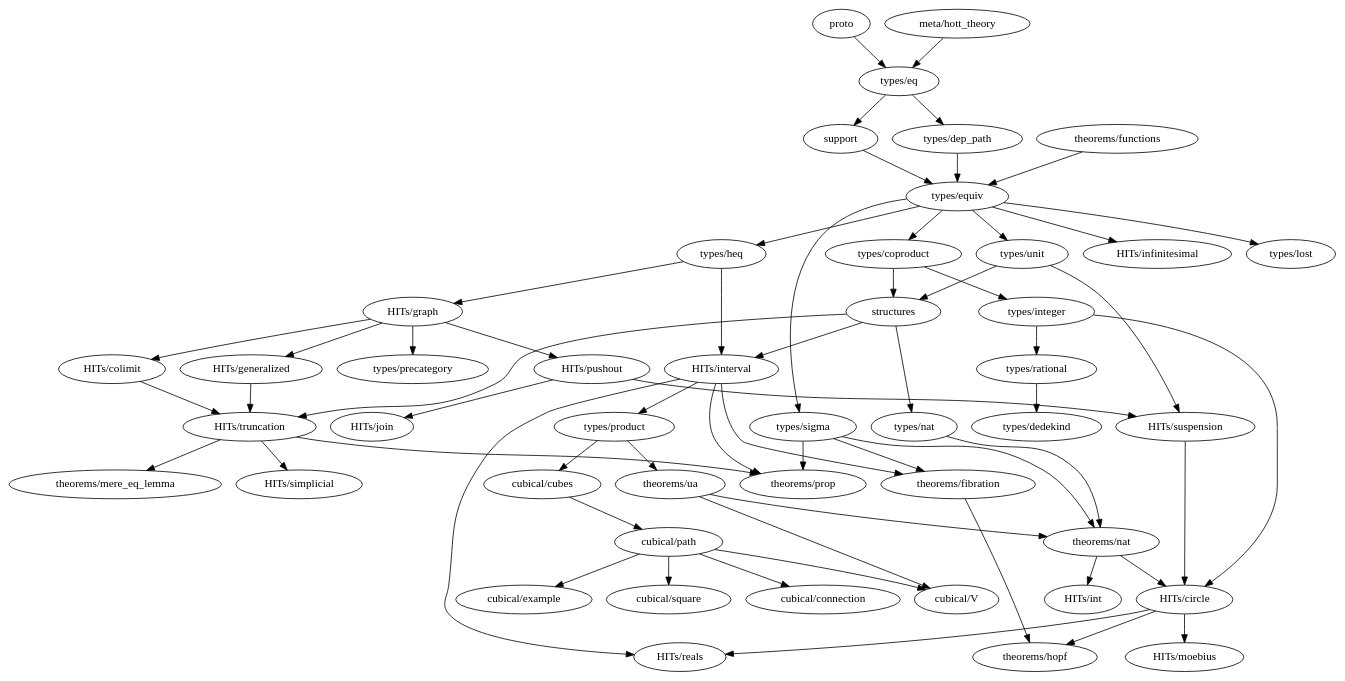
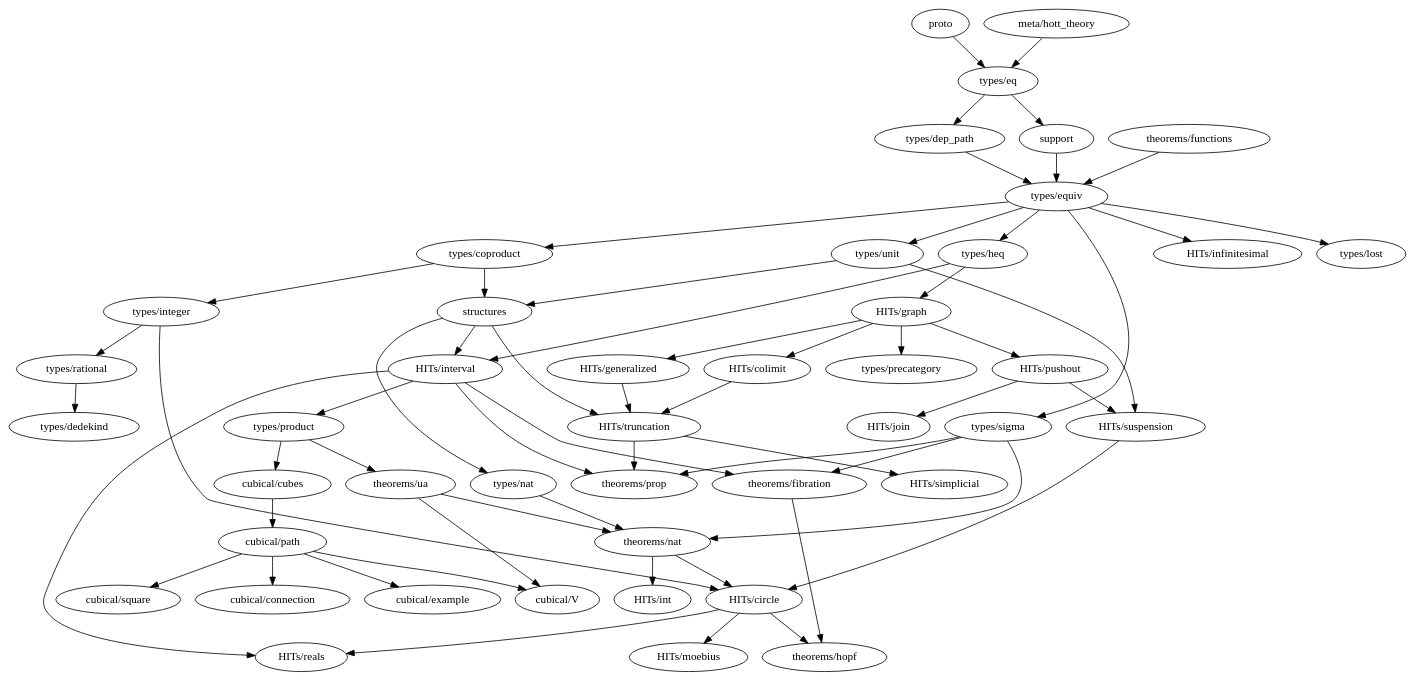
Before and after one commit to forked-from-1kasper/ground_zero: the diagram in dependency_map.gv, drawn with Graphviz. The commit also changed 37 other files, not shown here.

```diff
--- a/dependency_map.gv
+++ b/dependency_map.gv
@@ -1,96 +1,94 @@
 digraph dependency_map {
   proto -> "types/eq"
   "meta/hott_theory" -> "types/eq"
   support -> "types/equiv"
   structures -> {
     "HITs/interval",
     "HITs/truncation",
     "types/nat"
   }
 
   subgraph types {
     "types/coproduct" -> { "types/integer", structures }
     "types/dedekind"
     "types/dep_path" -> "types/equiv"
     "types/eq" -> { "types/dep_path", support }
     "types/equiv" -> {
       "types/heq",
       "HITs/infinitesimal",
       "types/coproduct",
       "types/lost",
       "types/unit",
       "types/sigma"
     }
     "types/heq" -> {
       "HITs/interval",
       "HITs/graph"
     }
     "types/integer" -> {
       "HITs/circle",
       "types/rational"
     }
     "types/lost"
     "types/nat" -> { "theorems/nat" }
     "types/product" -> { "cubical/cubes", "theorems/ua" }
     "types/rational" -> { "types/dedekind" }
     "types/sigma" -> { "theorems/fibration", "theorems/prop", "theorems/nat" }
     "types/unit" -> { structures, "HITs/suspension" }
   }
 
   subgraph HITs {
     "HITs/circle" -> { "theorems/hopf", "HITs/moebius", "HITs/reals" }
     "HITs/colimit" -> "HITs/truncation"
     "HITs/generalized" -> "HITs/truncation"
     "HITs/graph" -> {
       "HITs/colimit",
       "HITs/generalized",
       "HITs/pushout",
       "types/precategory"
     }
     "HITs/infinitesimal"
     "HITs/interval" -> {
       "HITs/reals",
       "types/product",
       "theorems/prop",
       "theorems/fibration"
     }
     "HITs/join"
     "HITs/moebius"
     "HITs/pushout" -> {
       "HITs/join",
       "HITs/suspension"
     }
     "HITs/reals"
     "HITs/simplicial"
     "HITs/suspension" -> "HITs/circle"
     "HITs/truncation" -> {
-      "theorems/mere_eq_lemma",
       "theorems/prop",
       "HITs/simplicial"
     }
   }
 
   subgraph cubical {
     "cubical/connection"
     "cubical/cubes" -> "cubical/path"
     "cubical/example"
     "cubical/path" -> {
       "cubical/square",
       "cubical/example",
       "cubical/V",
       "cubical/connection"
     }
     "cubical/square"
     "cubical/V"
   }
 
   subgraph theorems {
     "theorems/fibration" -> { "theorems/hopf" }
     "theorems/functions" -> { "types/equiv" }
     "theorems/hopf"
-    "theorems/mere_eq_lemma"
     "theorems/nat" -> { "HITs/circle", "HITs/int" }
     "theorems/prop"
     "theorems/ua" -> { "theorems/nat", "cubical/V" }
   }
 }
```
